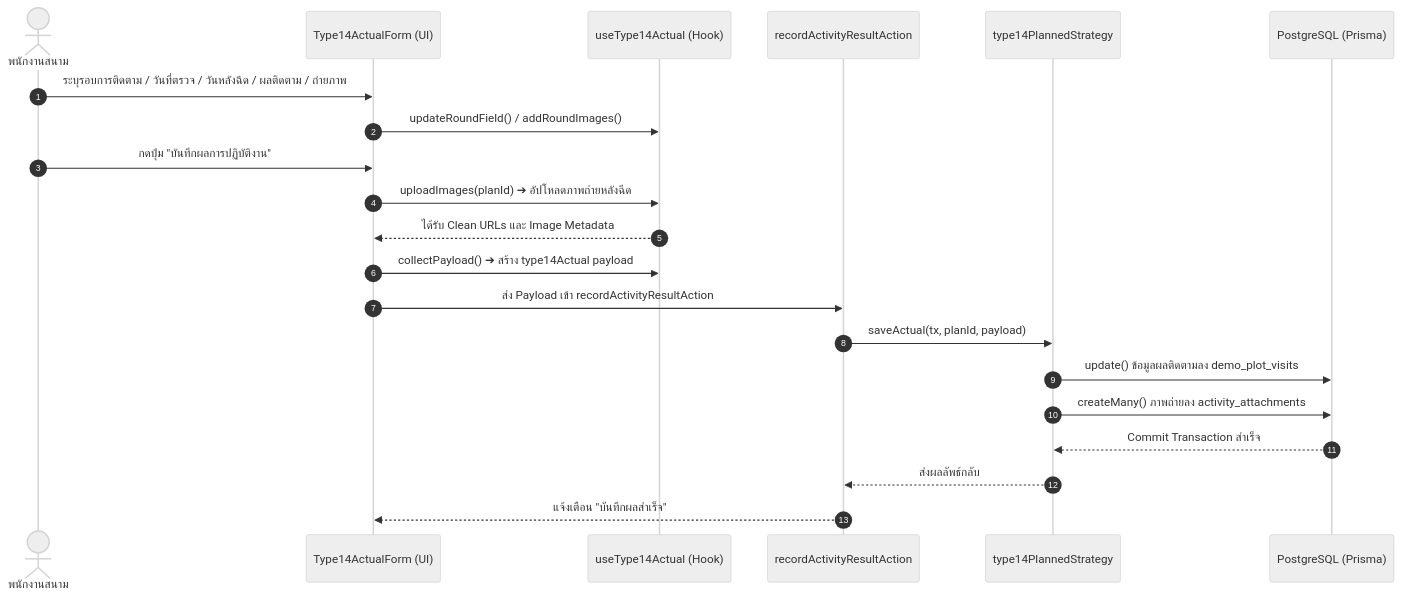
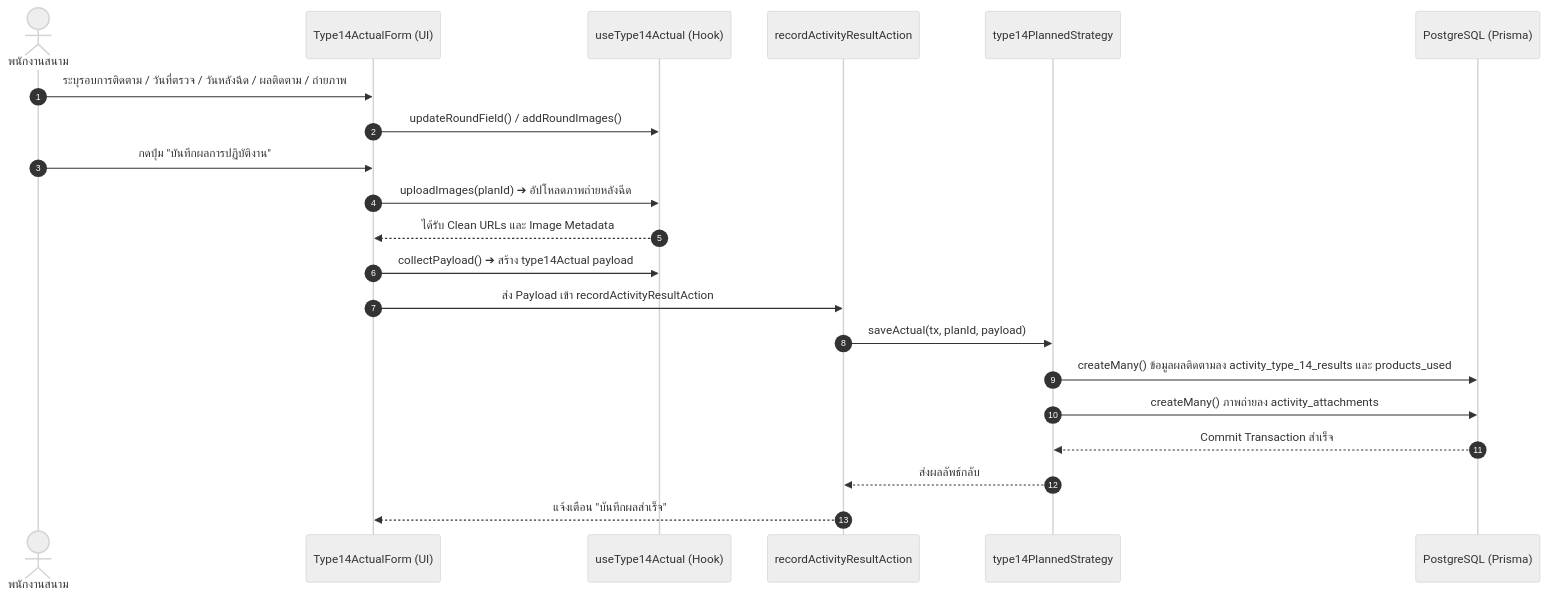
The third of 3 diagrams in modules/activity/features/type-14/README.md (bankhk10/crm-bank), drawn with Mermaid (neutral theme) before and after one commit. The commit also changed other lines of this file and 18 other files, not shown here.

````diff
--- a/modules/activity/features/type-14/README.md
+++ b/modules/activity/features/type-14/README.md
@@ -208,24 +212,24 @@
 ```mermaid
 sequenceDiagram
     autonumber
     actor User as พนักงานสนาม
     participant Form as Type14ActualForm (UI)
     participant Hook as useType14Actual (Hook)
     participant Action as recordActivityResultAction
     participant Strategy as type14PlannedStrategy
     participant DB as PostgreSQL (Prisma)
 
     User->>Form: ระบุรอบการติดตาม / วันที่ตรวจ / วันหลังฉีด / ผลติดตาม / ถ่ายภาพ
     Form->>Hook: updateRoundField() / addRoundImages()
     User->>Form: กดปุ่ม "บันทึกผลการปฏิบัติงาน"
     Form->>Hook: uploadImages(planId) ➔ อัปโหลดภาพถ่ายหลังฉีด
     Hook-->>Form: ได้รับ Clean URLs และ Image Metadata
     Form->>Hook: collectPayload() ➔ สร้าง type14Actual payload
     Form->>Action: ส่ง Payload เข้า recordActivityResultAction
     Action->>Strategy: saveActual(tx, planId, payload)
-    Strategy->>DB: update() ข้อมูลผลติดตามลง demo_plot_visits
+    Strategy->>DB: createMany() ข้อมูลผลติดตามลง activity_type_14_results และ products_used
     Strategy->>DB: createMany() ภาพถ่ายลง activity_attachments
     DB-->>Strategy: Commit Transaction สำเร็จ
     Strategy-->>Action: ส่งผลลัพธ์กลับ
     Action-->>Form: แจ้งเตือน "บันทึกผลสำเร็จ"
 ```
````
